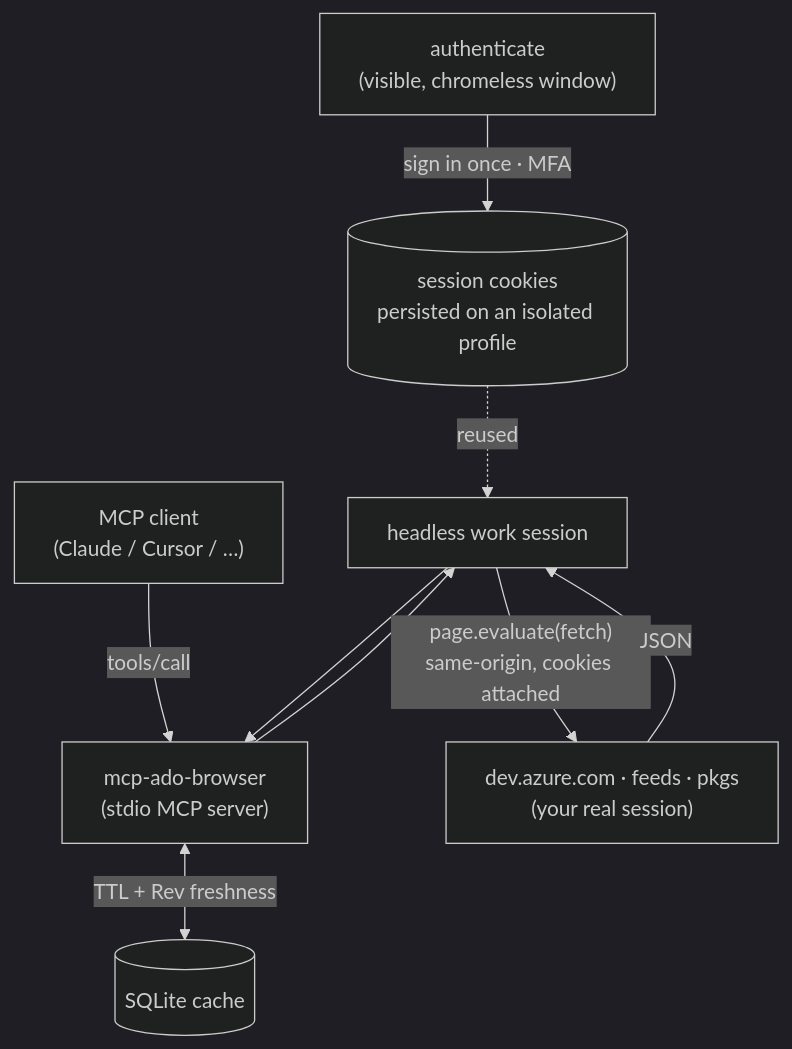
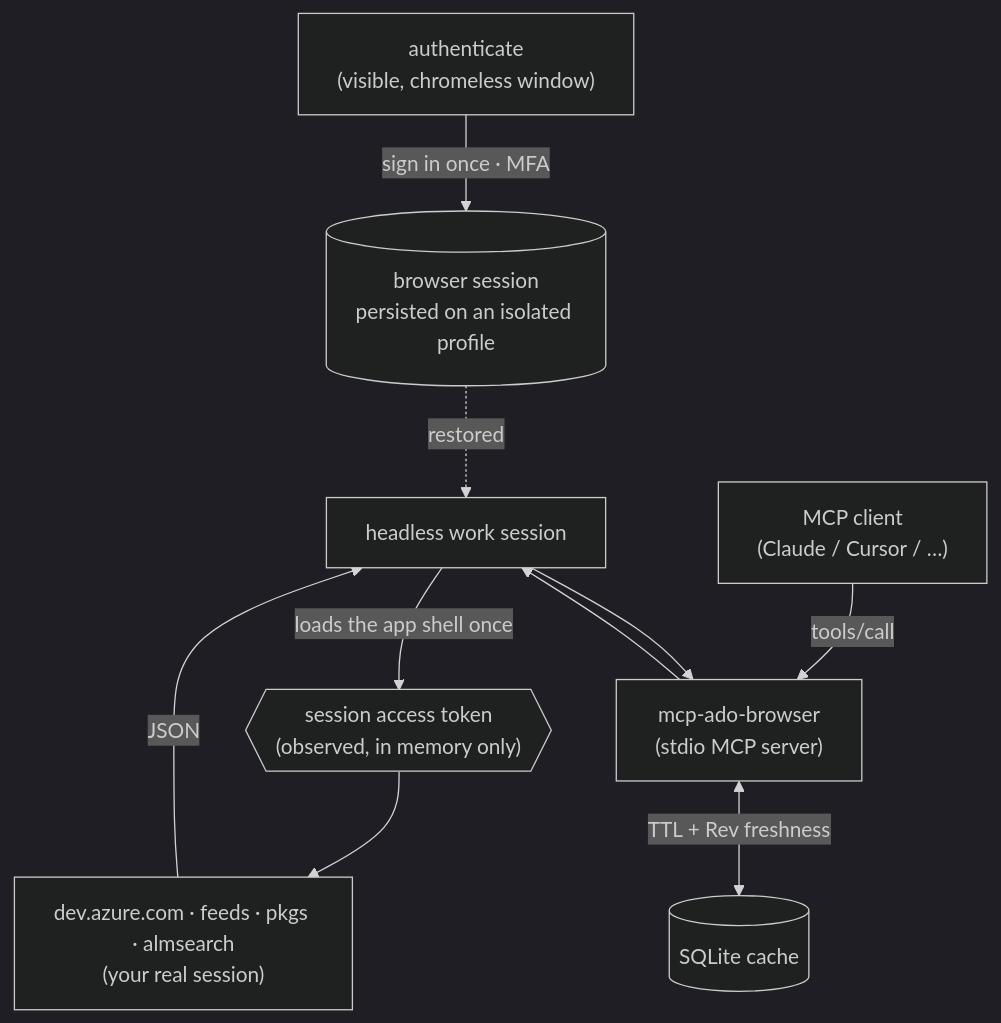
One commit to VMargan/mcp-ado-browser changed the diagram in README.md. Above: the diagram before and after it, drawn with Mermaid (dark theme). The commit also changed other lines of this file and 5 other files, not shown here.

````diff
--- a/README.md
+++ b/README.md
@@ -30,12 +31,13 @@
 ```mermaid
 flowchart TD
-    A["authenticate<br/>(visible, chromeless window)"] -->|"sign in once · MFA"| P[("session cookies<br/>persisted on an isolated profile")]
-    P -. reused .-> W["headless work session"]
+    A["authenticate<br/>(visible, chromeless window)"] -->|"sign in once · MFA"| P[("browser session<br/>persisted on an isolated profile")]
+    P -. restored .-> W["headless work session"]
+    W -->|"loads the app shell once"| T{{"session access token<br/>(observed, in memory only)"}}
 
     MC["MCP client<br/>(Claude / Cursor / …)"] -->|"tools/call"| SRV["mcp-ado-browser<br/>(stdio MCP server)"]
     SRV --> W
-    W -->|"page.evaluate(fetch)<br/>same-origin, cookies attached"| ADO["dev.azure.com · feeds · pkgs<br/>(your real session)"]
+    T --> ADO["dev.azure.com · feeds · pkgs · almsearch<br/>(your real session)"]
     ADO -->|"JSON"| W
     W --> SRV
     SRV <-->|"TTL + Rev freshness"| DB[("SQLite cache")]
 ```
````
